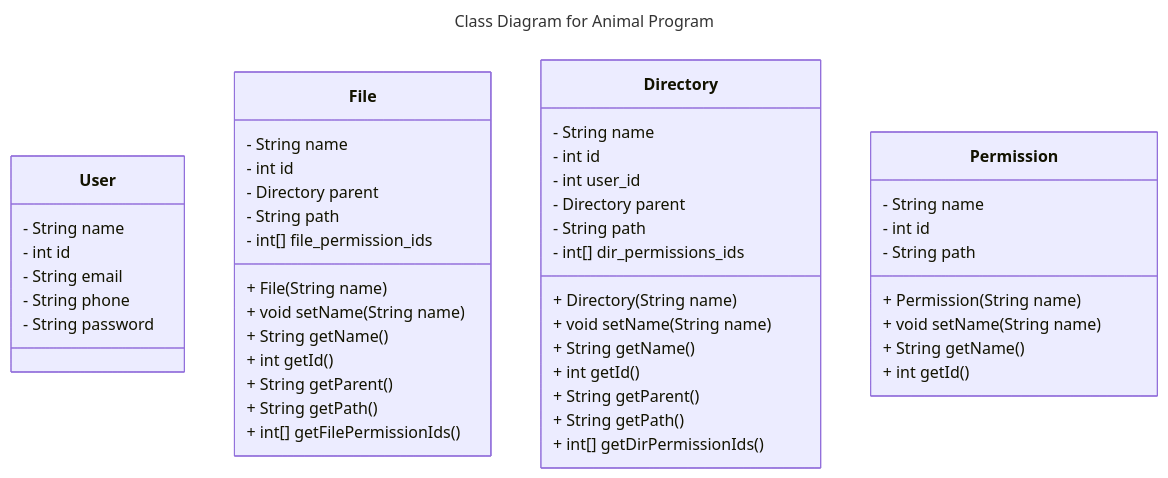
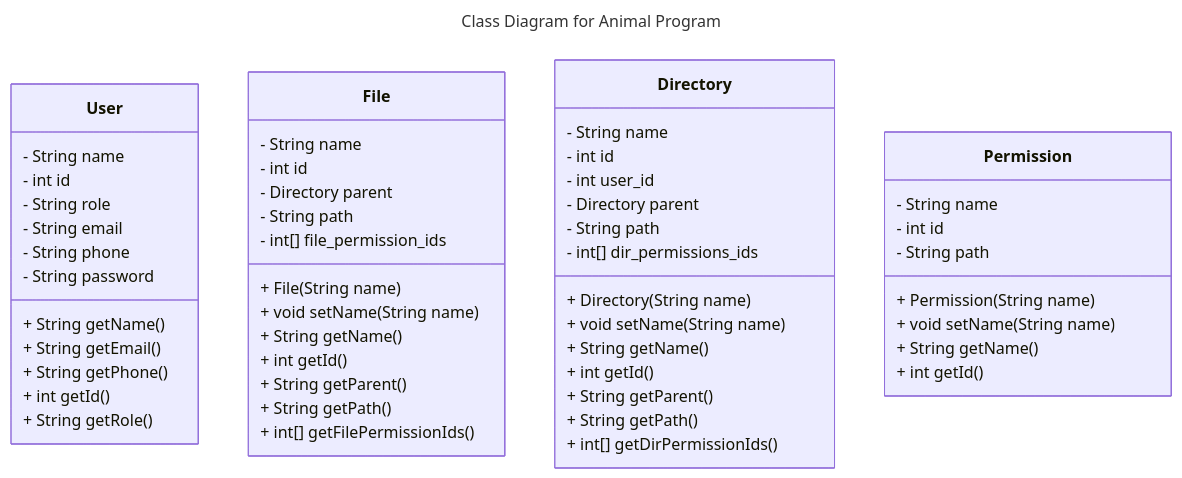
Before and after one commit to amdy87/MySQL-Filesystem: the third of 5 diagrams in README.md, drawn with Mermaid. The commit also changed other lines of this file, not shown here.

Commit message:
Modify er diagram and class diagram

````diff
--- a/README.md
+++ b/README.md
@@ -184,56 +185,62 @@
 ```mermaid
 ---
 title: Class Diagram for Animal Program
 ---
 classDiagram
 
     class User{
         - String name
         - int id
+        - String role
         - String email
         - String phone
         - String password
+        + String getName()
+        + String getEmail()
+        + String getPhone()
+        + int getId()
+        + String getRole()
 
     }
     class File {
         - String name
         - int id
         - Directory parent
         - String path
         - int[] file_permission_ids
         + File(String name)
         + void setName(String name)
         + String getName()
         + int getId()
         + String getParent()
         + String getPath()
         + int[] getFilePermissionIds()
     }
 
     class Directory {
         - String name
         - int id
         - int user_id
         - Directory parent
         - String path
         - int[] dir_permissions_ids
         + Directory(String name)
         + void setName(String name)
         + String getName()
         + int getId()
         + String getParent()
         + String getPath()
         + int[] getDirPermissionIds()
     }
 
     class Permission {
         - String name
         - int id
         - String path
         + Permission(String name)
         + void setName(String name)
         + String getName()
         + int getId()
     }
    
 ```
````
